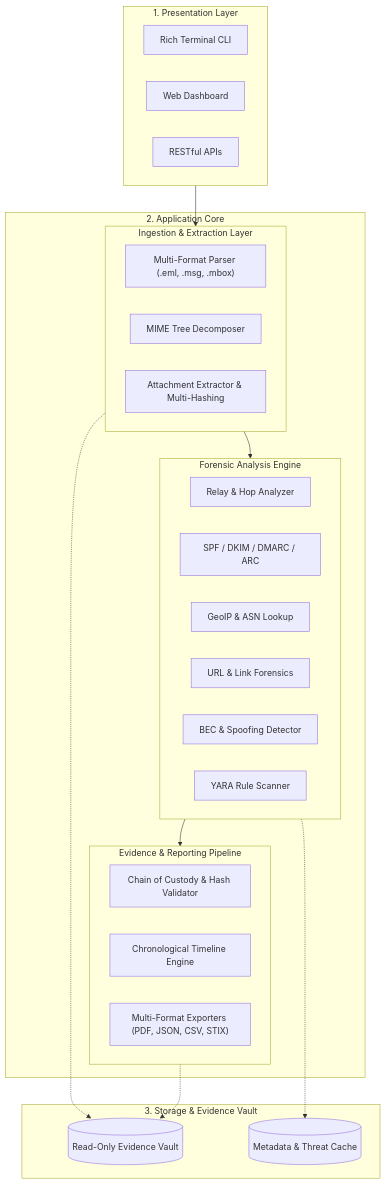
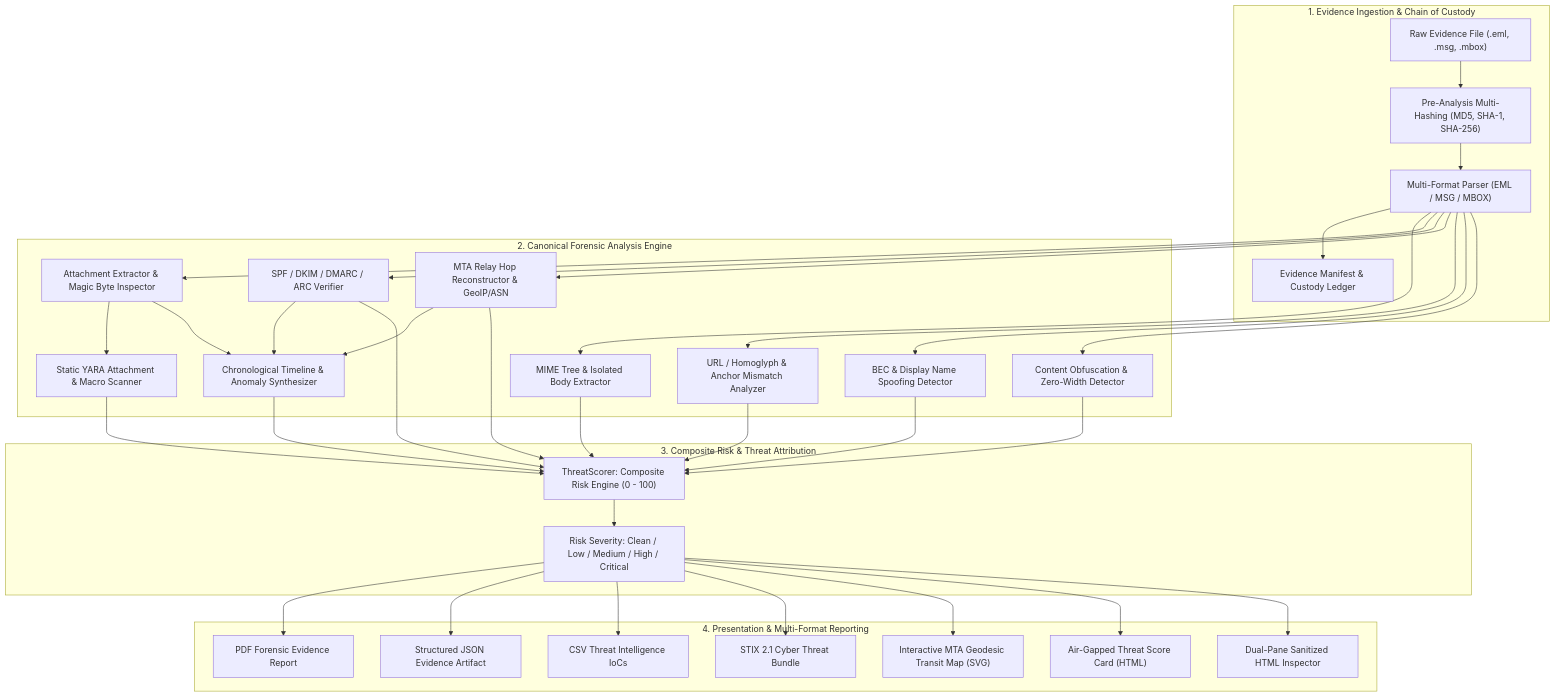
One commit to iaditya8/Email-Forensic-Tool-EFT changed the diagram in README.md. Above: the diagram before and after it, drawn with Mermaid. The commit also changed other lines of this file and 3 other files, not shown here.

````diff
--- a/README.md
+++ b/README.md
@@ -62,43 +67,44 @@
 ```mermaid
-graph TD
-    subgraph Presentation["1. Presentation Layer"]
-        CLI["Rich Terminal CLI"]
-        WebUI["Web Dashboard"]
-        API["RESTful APIs"]
+flowchart TD
+    subgraph EvidenceIntake["1. Evidence Ingestion & Chain of Custody"]
+        SRC["Raw Evidence File (.eml, .msg, .mbox)"]
+        HASH_PRE["Pre-Analysis Multi-Hashing (MD5, SHA-1, SHA-256)"]
+        PARSER["Multi-Format Parser (EML / MSG / MBOX)"]
+        MANIFEST["Evidence Manifest & Custody Ledger"]
+        SRC --> HASH_PRE --> PARSER --> MANIFEST
     end
 
-    subgraph AppCore["2. Application Core"]
-        subgraph Ingestion["Ingestion & Extraction Layer"]
-            Reader["Multi-Format Parser (.eml, .msg, .mbox)"]
-            MIME["MIME Tree Decomposer"]
-            AttHash["Attachment Extractor & Multi-Hashing"]
-        end
-
-        subgraph Engine["Forensic Analysis Engine"]
-            Hops["Relay & Hop Analyzer"]
-            Auth["SPF / DKIM / DMARC / ARC"]
-            Geo["GeoIP & ASN Lookup"]
-            Links["URL & Link Forensics"]
-            BEC["BEC & Spoofing Detector"]
-            YARA["YARA Rule Scanner"]
-        end
-
-        subgraph Reporting["Evidence & Reporting Pipeline"]
-            Custody["Chain of Custody & Hash Validator"]
-            Timeline["Chronological Timeline Engine"]
-            Export["Multi-Format Exporters (PDF, JSON, CSV, STIX)"]
-        end
+    subgraph ForensicCore["2. Canonical Forensic Analysis Engine"]
+        MIME_ENG["MIME Tree & Isolated Body Extractor"]
+        ATT_ENG["Attachment Extractor & Magic Byte Inspector"]
+        AUTH_ENG["SPF / DKIM / DMARC / ARC Verifier"]
+        RELAY_ENG["MTA Relay Hop Reconstructor & GeoIP/ASN"]
+        URL_ENG["URL / Homoglyph & Anchor Mismatch Analyzer"]
+        BEC_ENG["BEC & Display Name Spoofing Detector"]
+        OBF_ENG["Content Obfuscation & Zero-Width Detector"]
+        YARA_ENG["Static YARA Attachment & Macro Scanner"]
+        TIME_ENG["Chronological Timeline & Anomaly Synthesizer"]
+        
+        PARSER --> MIME_ENG & ATT_ENG & AUTH_ENG & RELAY_ENG & URL_ENG & BEC_ENG & OBF_ENG
+        ATT_ENG --> YARA_ENG
+        AUTH_ENG & RELAY_ENG & ATT_ENG --> TIME_ENG
     end
 
-    subgraph Storage["3. Storage & Evidence Vault"]
-        Vault[("Read-Only Evidence Vault")]
-        Cache[("Metadata & Threat Cache")]
+    subgraph TriageAndScoring["3. Composite Risk & Threat Attribution"]
+        SCORE["ThreatScorer: Composite Risk Engine (0 - 100)"]
+        DIAL["Risk Severity: Clean / Low / Medium / High / Critical"]
+        MIME_ENG & AUTH_ENG & RELAY_ENG & URL_ENG & BEC_ENG & OBF_ENG & YARA_ENG & TIME_ENG --> SCORE --> DIAL
     end
 
-    Presentation --> Ingestion
-    Ingestion --> Engine
-    Engine --> Reporting
-    Ingestion -.-> Vault
-    Reporting -.-> Vault
-    Engine -.-> Cache
+    subgraph ArtifactExport["4. Presentation & Multi-Format Reporting"]
+        PDF["PDF Forensic Evidence Report"]
+        JSON_EXP["Structured JSON Evidence Artifact"]
+        CSV_IOC["CSV Threat Intelligence IoCs"]
+        STIX["STIX 2.1 Cyber Threat Bundle"]
+        MAP_SVG["Interactive MTA Geodesic Transit Map (SVG)"]
+        CARD_HTML["Air-Gapped Threat Score Card (HTML)"]
+        INSPECT["Dual-Pane Sanitized HTML Inspector"]
+        
+        DIAL --> PDF & JSON_EXP & CSV_IOC & STIX & MAP_SVG & CARD_HTML & INSPECT
+    end
 ```
````
